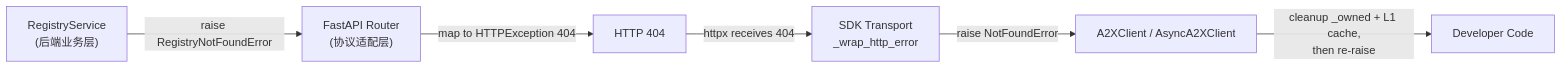
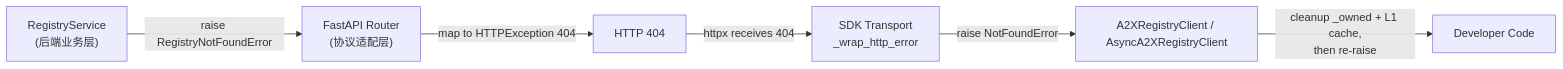
One commit to Weizheng96/A2X-registry-client changed the first of 8 diagrams in README_cn.md. Above: the diagram before and after it, drawn with Mermaid. The commit also changed other lines of this file and 6 other files, not shown here.

First line of the commit message:
refactor: rename A2XClient -> A2XRegistryClient

````diff
--- a/README_cn.md
+++ b/README_cn.md
@@ -556,8 +556,8 @@
 ```mermaid
 flowchart LR
     A["RegistryService<br/>(后端业务层)"] -->|raise RegistryNotFoundError| B["FastAPI Router<br/>(协议适配层)"]
     B -->|map to HTTPException 404| C["HTTP 404"]
     C -->|httpx receives 404| D["SDK Transport<br/>_wrap_http_error"]
-    D -->|raise NotFoundError| E["A2XClient / AsyncA2XClient"]
+    D -->|raise NotFoundError| E["A2XRegistryClient / AsyncA2XRegistryClient"]
     E -->|cleanup _owned + L1 cache,<br/>then re-raise| F["Developer Code"]
 ```
````
